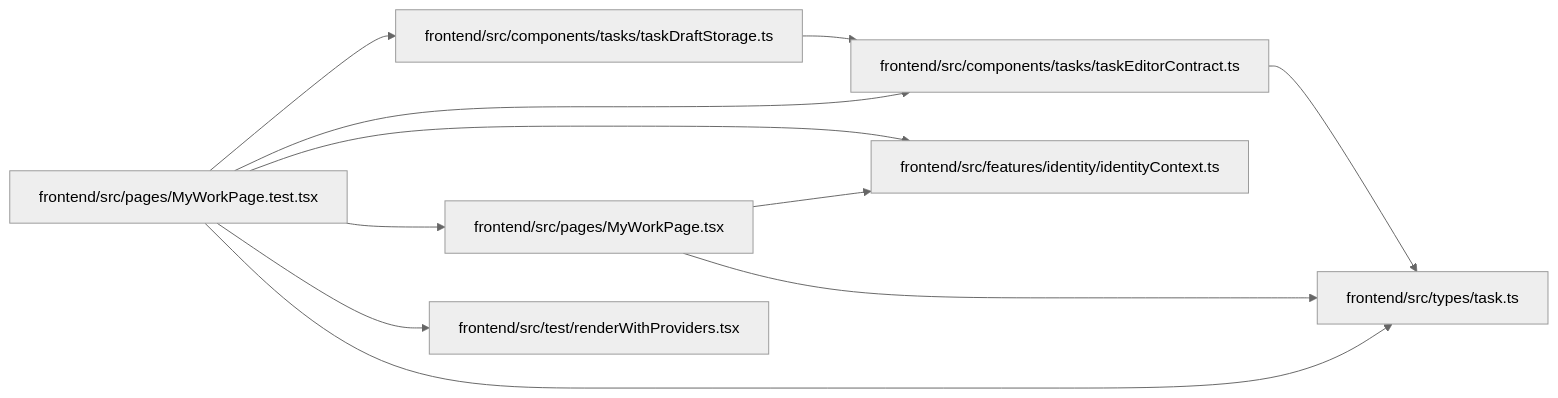
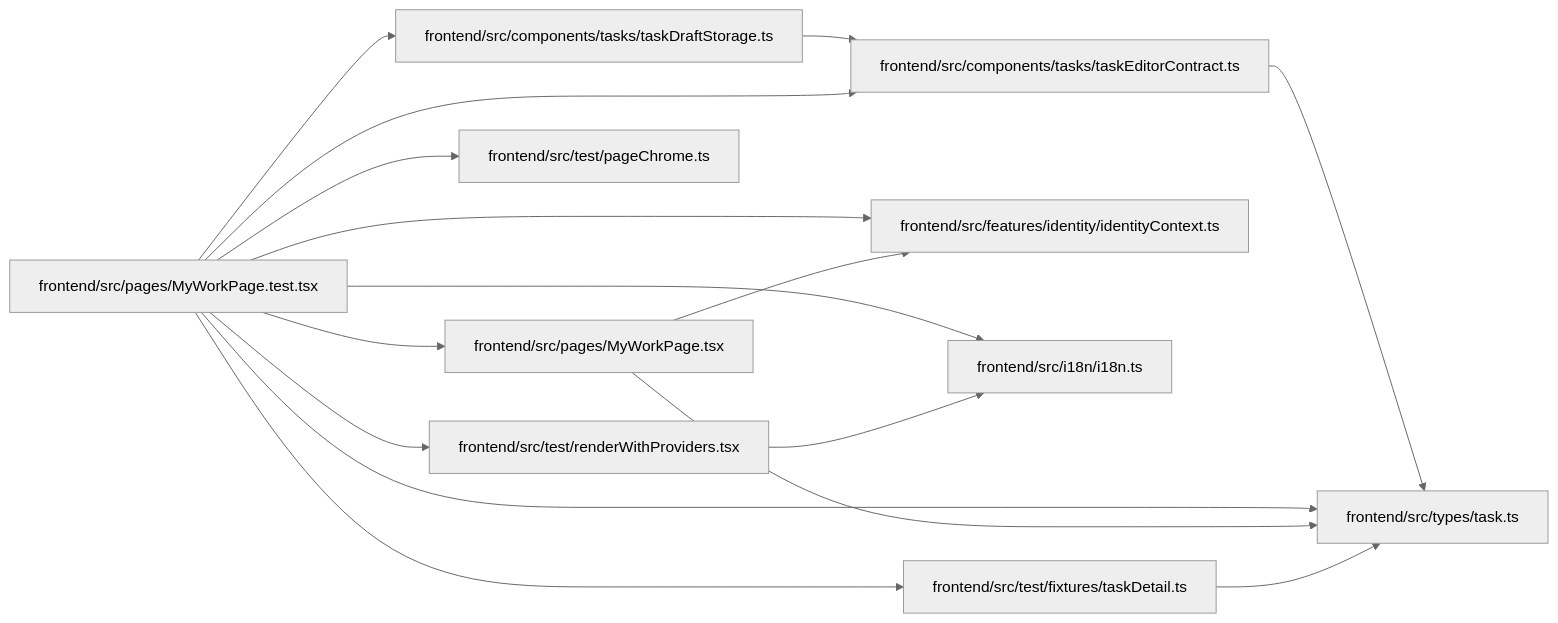
Before and after one commit to Denissvgn/WorkChord: the diagram in docs/llm_wiki/modules/MyWorkPage.test.md, drawn with Mermaid (neutral theme). The commit also changed other lines of this file and 2373 other files, not shown here.

````diff
--- a/docs/llm_wiki/modules/MyWorkPage.test.md
+++ b/docs/llm_wiki/modules/MyWorkPage.test.md
@@ -34,27 +38,38 @@
 ```mermaid
 flowchart LR
     n0["frontend/src/components/tasks/taskDraftStorage.ts"]
     n1["frontend/src/components/tasks/taskEditorContract.ts"]
     n2["frontend/src/features/identity/identityContext.ts"]
-    n3["frontend/src/pages/MyWorkPage.test.tsx"]
-    n4["frontend/src/pages/MyWorkPage.tsx"]
-    n5["frontend/src/test/renderWithProviders.tsx"]
-    n6["frontend/src/types/task.ts"]
+    n3["frontend/src/i18n/i18n.ts"]
+    n4["frontend/src/pages/MyWorkPage.test.tsx"]
+    n5["frontend/src/pages/MyWorkPage.tsx"]
+    n6["frontend/src/test/fixtures/taskDetail.ts"]
+    n7["frontend/src/test/pageChrome.ts"]
+    n8["frontend/src/test/renderWithProviders.tsx"]
+    n9["frontend/src/types/task.ts"]
     n0 --> n1
-    n1 --> n6
-    n3 --> n0
-    n3 --> n1
-    n3 --> n2
-    n3 --> n4
-    n3 --> n5
-    n3 --> n6
+    n1 --> n9
+    n4 --> n0
+    n4 --> n1
     n4 --> n2
+    n4 --> n3
+    n4 --> n5
     n4 --> n6
+    n4 --> n7
+    n4 --> n8
+    n4 --> n9
+    n5 --> n2
+    n5 --> n9
+    n6 --> n9
+    n8 --> n3
     click n0 "../modules/taskDraftStorage.md"
     click n1 "../modules/taskEditorContract.md"
     click n2 "../modules/identityContext.md"
-    click n3 "../modules/MyWorkPage.test.md"
-    click n4 "../modules/MyWorkPage.md"
-    click n5 "../modules/renderWithProviders.md"
-    click n6 "../modules/types_task.md"
+    click n3 "../modules/i18n.md"
+    click n4 "../modules/MyWorkPage.test.md"
+    click n5 "../modules/MyWorkPage.md"
+    click n6 "../modules/taskDetail.md"
+    click n7 "../modules/pageChrome.md"
+    click n8 "../modules/renderWithProviders.md"
+    click n9 "../modules/types_task.md"
 ```
````
